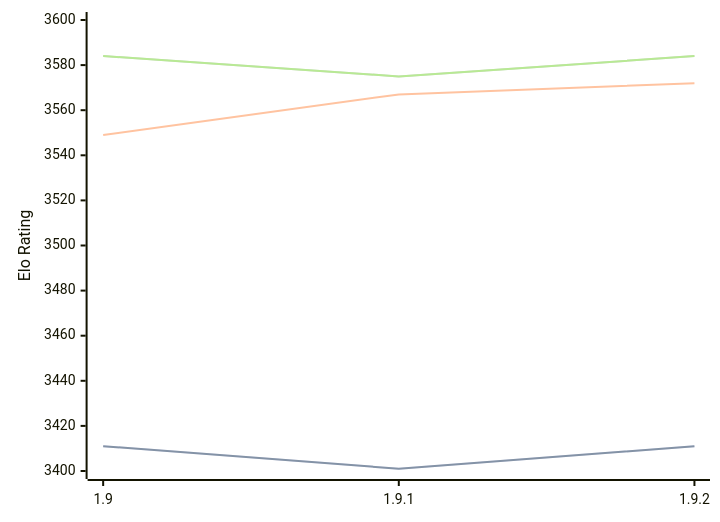
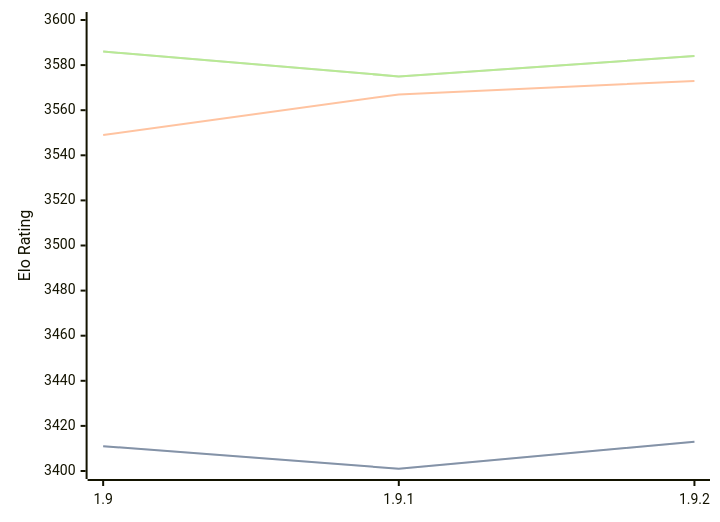
One commit to computer-chess-index/cci changed the diagram in engines/Pawnocchio.md. Above: the diagram before and after it, drawn with Mermaid. The commit also changed other lines of this file, not shown here.

Commit message:
Update CCI Ratings (ELO VLTC) - 2026-03-14

````diff
--- a/engines/Pawnocchio.md
+++ b/engines/Pawnocchio.md
@@ -46,11 +46,11 @@
 ```mermaid
 %%{init: {"theme":"base","themeVariables":{"seriesColors:['#a3a3a3','#222221','#faa371']}}}%%
 xychart-beta
   x-axis ["1.9", "1.9.1", "1.9.2"]
   y-axis "Elo Rating" 3400 --> 3600
-  line "STC (8.0+0.08s)" [3411, 3401, 3411]
-  line "STC (8.0+0.08s)" [3411, 3401, 3411]
-  line "LTC (60.0+0.60s)" [3549, 3567, 3572]
-  line "VLTC (2m24s+1.12s)" [3584, 3575, 3584]
-  line "VLTC (2m24s+1.12s)" [3584, 3575, 3584]
+  line "STC (8.0+0.08s)" [3411, 3401, 3413]
+  line "STC (8.0+0.08s)" [3411, 3401, 3413]
+  line "LTC (60.0+0.60s)" [3549, 3567, 3573]
+  line "VLTC (2m24s+1.12s)" [3586, 3575, 3584]
+  line "VLTC (2m24s+1.12s)" [3586, 3575, 3584]
 ```
````
